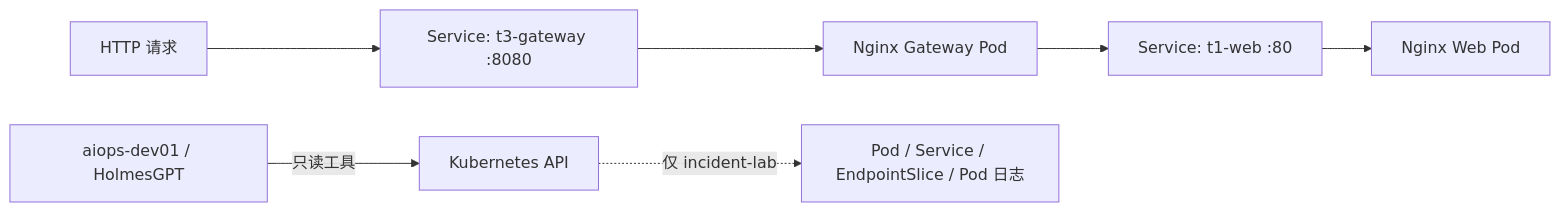
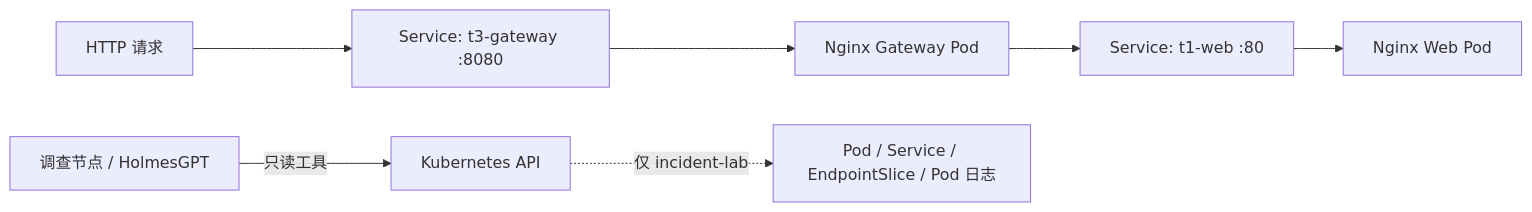
Before and after one commit to wanghaibing07/aiops-incident-workbench: the diagram in docs/architecture.md, drawn with Mermaid. The commit also changed other lines of this file and 4 other files, not shown here.

````diff
--- a/docs/architecture.md
+++ b/docs/architecture.md
@@ -5,9 +5,9 @@
 ```mermaid
 flowchart LR
   U[HTTP 请求] --> GS[Service: t3-gateway :8080]
   GS --> GP[Nginx Gateway Pod]
   GP --> TS[Service: t1-web :80]
   TS --> TP[Nginx Web Pod]
-  A[aiops-dev01 / HolmesGPT] -->|只读工具| API[Kubernetes API]
+  A[调查节点 / HolmesGPT] -->|只读工具| API[Kubernetes API]
   API -.->|仅 incident-lab| K[Pod / Service / EndpointSlice / Pod 日志]
 ```
````
